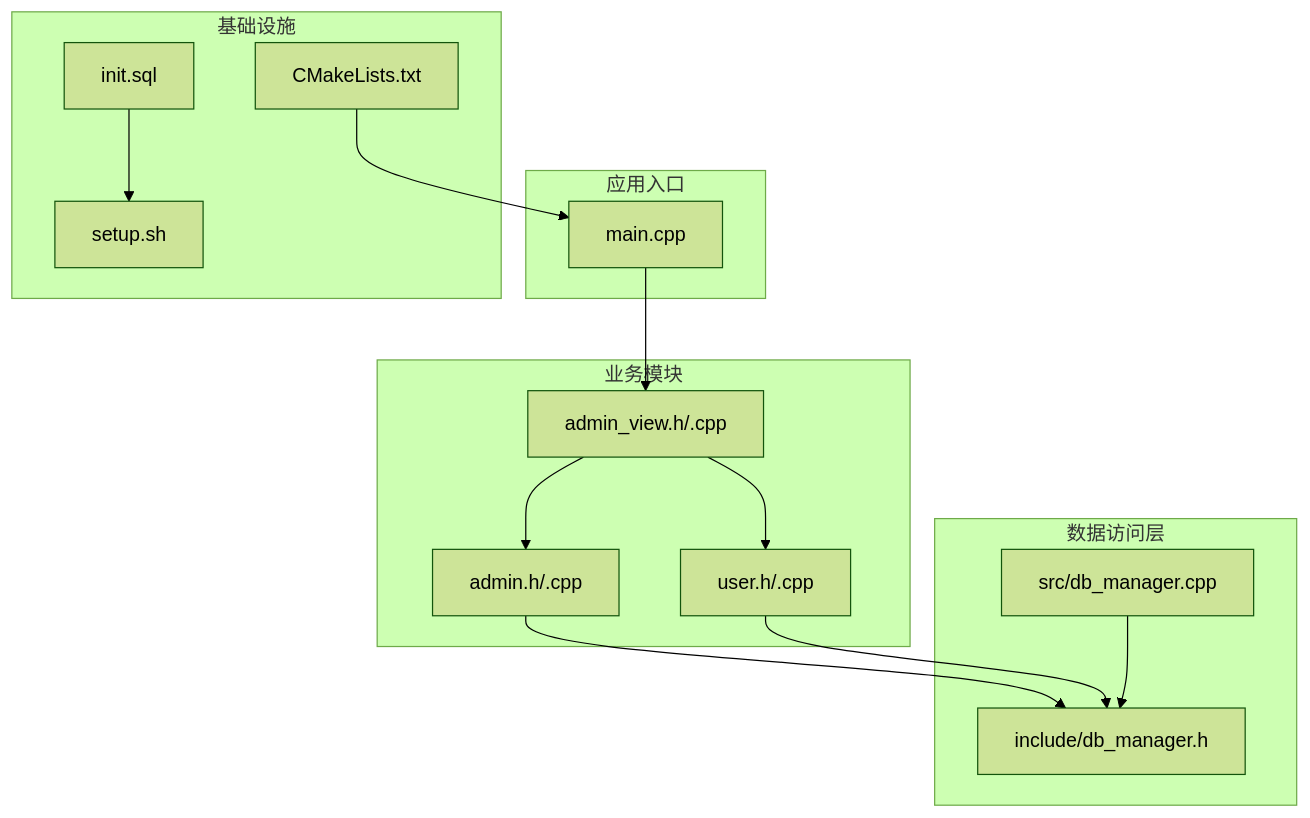
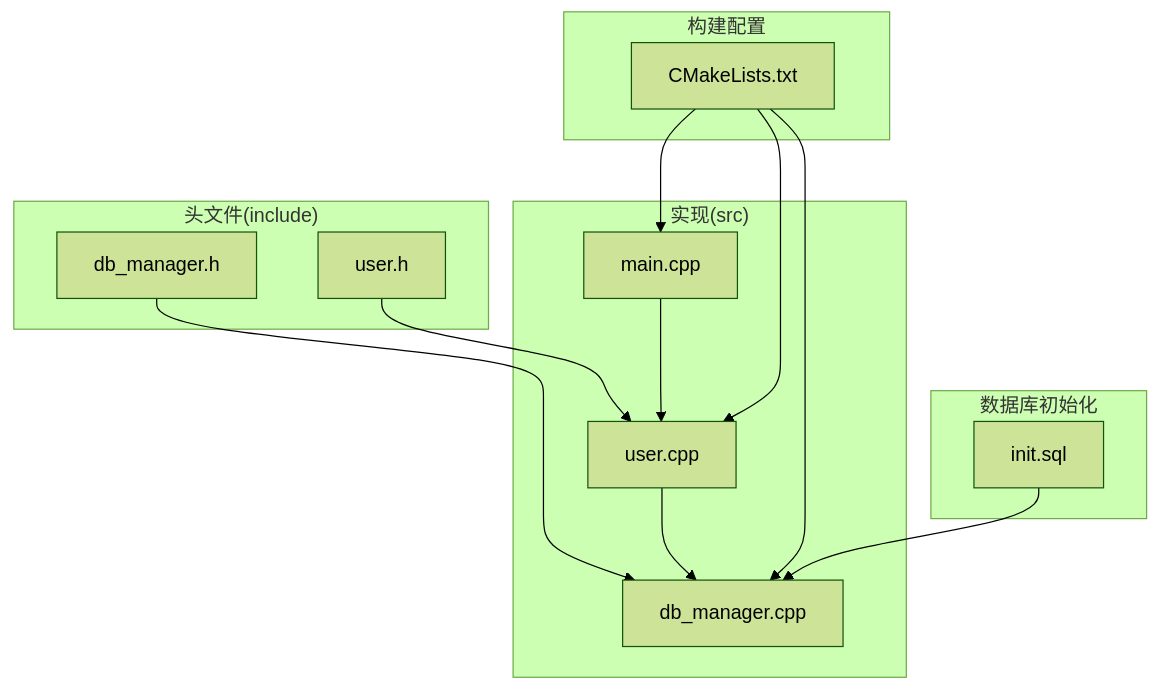
The first of 8 diagrams in .qoder/repowiki/zh/content/核心模块详解/数据库管理器.md (jinpeng900/OJ-Test), drawn with Mermaid (forest theme) before and after one commit. The commit also changed other lines of this file and 147 other files, not shown here.

````diff
--- a/.qoder/repowiki/zh/content/核心模块详解/数据库管理器.md
+++ b/.qoder/repowiki/zh/content/核心模块详解/数据库管理器.md
@@ -37,28 +44,26 @@
 ```mermaid
 graph TB
-subgraph "应用入口"
-MAIN["main.cpp"]
+subgraph "头文件(include)"
+H_DB["db_manager.h"]
+H_USER["user.h"]
 end
-subgraph "业务模块"
-ADMIN_VIEW["admin_view.h/.cpp"]
-ADMIN["admin.h/.cpp"]
-USER["user.h/.cpp"]
+subgraph "实现(src)"
+S_DB["db_manager.cpp"]
+S_USER["user.cpp"]
+S_MAIN["main.cpp"]
 end
-subgraph "数据访问层"
-DBH["include/db_manager.h"]
-DBCPP["src/db_manager.cpp"]
+subgraph "数据库初始化"
+SQL_INIT["init.sql"]
 end
-subgraph "基础设施"
-INIT["init.sql"]
-SETUP["setup.sh"]
+subgraph "构建配置"
 CMAKE["CMakeLists.txt"]
 end
-MAIN --> ADMIN_VIEW
-ADMIN_VIEW --> ADMIN
-ADMIN_VIEW --> USER
-ADMIN --> DBH
-USER --> DBH
-DBCPP --> DBH
-INIT --> SETUP
-CMAKE --> MAIN
+H_DB --> S_DB
+H_USER --> S_USER
+S_USER --> S_DB
+S_MAIN --> S_USER
+CMAKE --> S_DB
+CMAKE --> S_USER
+CMAKE --> S_MAIN
+SQL_INIT --> S_DB
 ```
````
